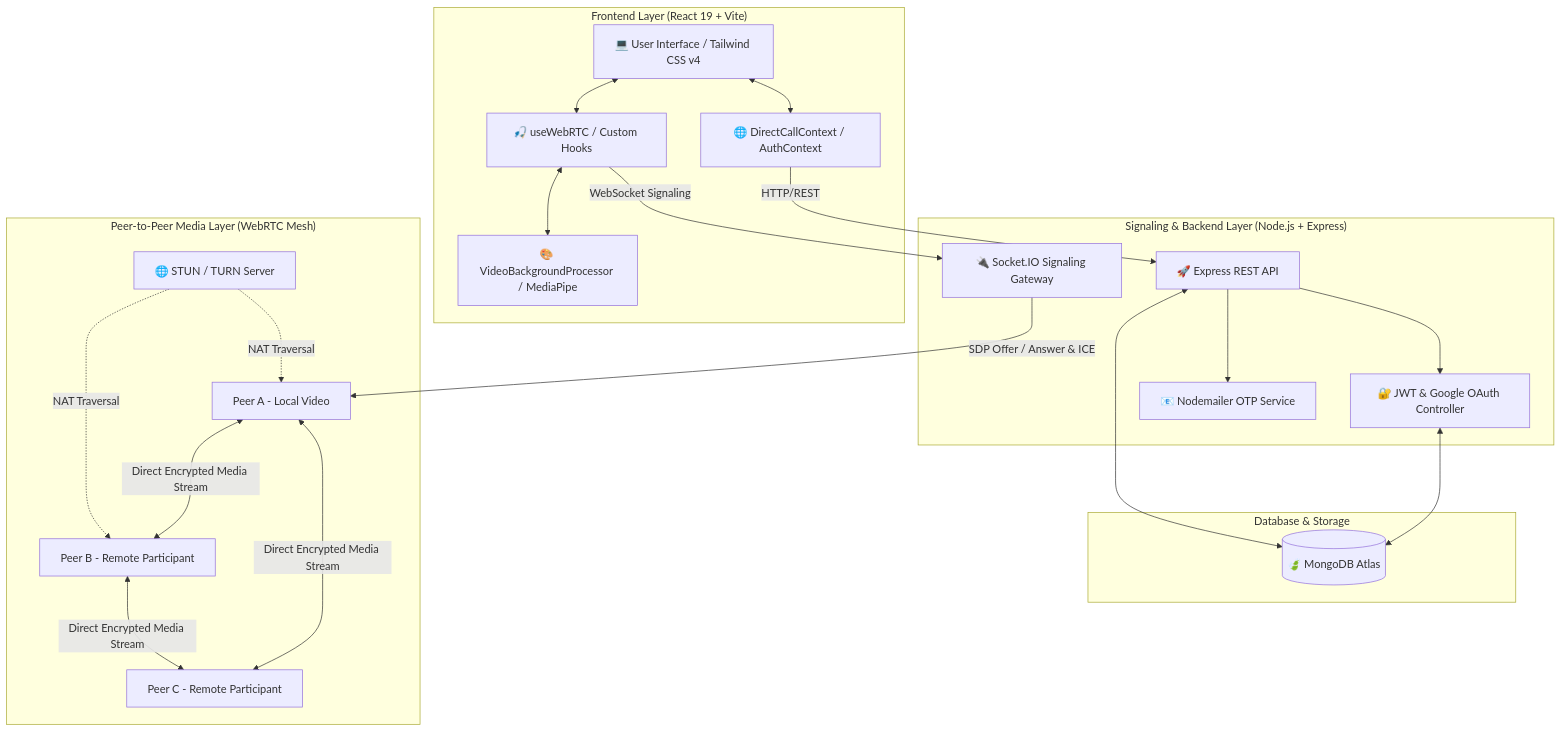
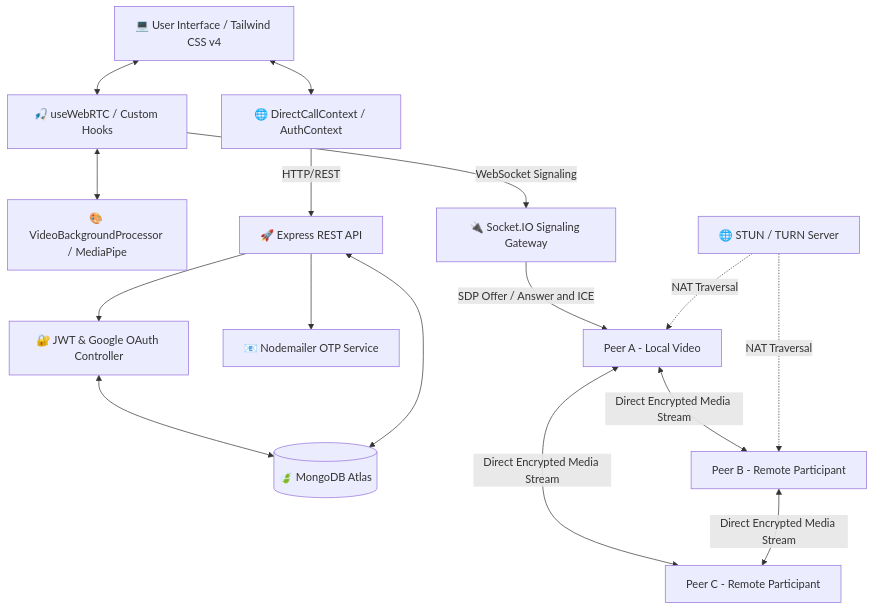
The first of 2 diagrams in README.md (suvojitmanna/Live-classes), drawn with Mermaid before and after one commit. The commit also changed other lines of this file, not shown here.

````diff
--- a/README.md
+++ b/README.md
@@ -123,45 +123,41 @@
 ```mermaid
 graph TB
-    subgraph "Frontend Layer (React 19 + Vite)"
-        UI[💻 User Interface / Tailwind CSS v4]
-        Hooks[🎣 useWebRTC / Custom Hooks]
-        Context[🌐 DirectCallContext / AuthContext]
-        Proc[🎨 VideoBackgroundProcessor / MediaPipe]
-        UI <--> Hooks
-        UI <--> Context
-        Hooks <--> Proc
-    end
 
-    subgraph "Signaling & Backend Layer (Node.js + Express)"
-        API[🚀 Express REST API]
-        Auth[🔐 JWT & Google OAuth Controller]
-        Mail[📧 Nodemailer OTP Service]
-        Socket[🔌 Socket.IO Signaling Gateway]
-        API --> Auth
-        API --> Mail
-    end
+    UI["💻 User Interface / Tailwind CSS v4"]
+    Hooks["🎣 useWebRTC / Custom Hooks"]
+    Context["🌐 DirectCallContext / AuthContext"]
+    Proc["🎨 VideoBackgroundProcessor / MediaPipe"]
 
-    subgraph "Database & Storage"
-        DB[(🍃 MongoDB Atlas)]
-        Auth <--> DB
-        API <--> DB
-    end
+    API["🚀 Express REST API"]
+    Auth["🔐 JWT & Google OAuth Controller"]
+    Mail["📧 Nodemailer OTP Service"]
+    Socket["🔌 Socket.IO Signaling Gateway"]
 
-    subgraph "Peer-to-Peer Media Layer (WebRTC Mesh)"
-        STUN[🌐 STUN / TURN Server]
-        PeerA["Peer A - Local Video"]
-        PeerB["Peer B - Remote Participant"]
-        PeerC["Peer C - Remote Participant"]
-        
-        PeerA <-->|Direct Encrypted Media Stream| PeerB
-        PeerA <-->|Direct Encrypted Media Stream| PeerC
-        PeerB <-->|Direct Encrypted Media Stream| PeerC
-    end
+    DB[("🍃 MongoDB Atlas")]
 
-    %% Communication Pathways
+    STUN["🌐 STUN / TURN Server"]
+    PeerA["Peer A - Local Video"]
+    PeerB["Peer B - Remote Participant"]
+    PeerC["Peer C - Remote Participant"]
+
+    UI <--> Hooks
+    UI <--> Context
+    Hooks <--> Proc
+
+    API --> Auth
+    API --> Mail
+
+    Auth <--> DB
+    API <--> DB
+
+    PeerA <-->|Direct Encrypted Media Stream| PeerB
+    PeerA <-->|Direct Encrypted Media Stream| PeerC
+    PeerB <-->|Direct Encrypted Media Stream| PeerC
+
     Context -->|HTTP/REST| API
     Hooks -->|WebSocket Signaling| Socket
-    Socket -->|SDP Offer / Answer & ICE| PeerA
+    Socket -->|SDP Offer / Answer and ICE| PeerA
+
     STUN -.->|NAT Traversal| PeerA
     STUN -.->|NAT Traversal| PeerB
 ```
````
